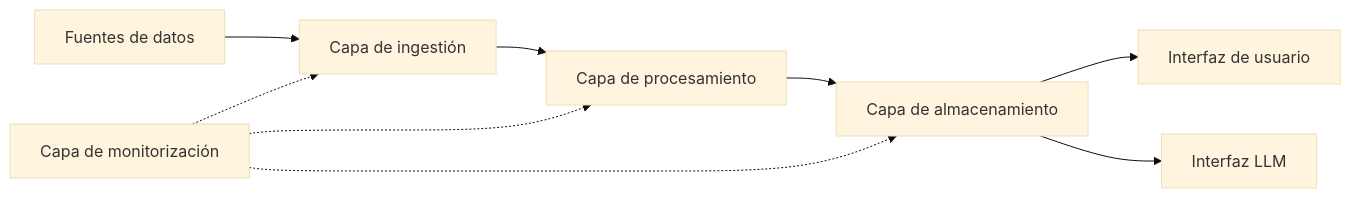
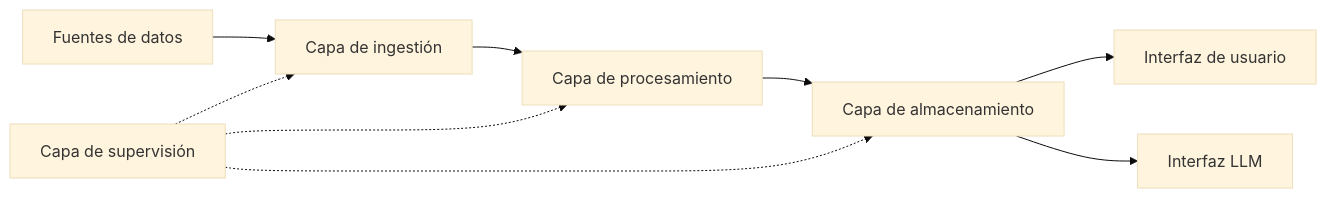
One commit to kafkiano/astrowind-i18n changed the second of 2 diagrams in src/data/pages/es/markdown.md. Above: the diagram before and after it, drawn with Mermaid (base theme). The commit also changed other lines of this file and 4 other files, not shown here.

````diff
--- a/src/data/pages/es/markdown.md
+++ b/src/data/pages/es/markdown.md
@@ -449,11 +448,11 @@
 ```mermaid
 flowchart LR
     A[Fuentes de datos] --> B[Capa de ingestión]
     B --> C[Capa de procesamiento]
     C --> D[Capa de almacenamiento]
     D --> E[Interfaz de usuario]
     D --> F[Interfaz LLM]
-    G[Capa de monitorización] -.-> B
+    G[Capa de supervisión] -.-> B
     G -.-> C
     G -.-> D
 ```
````
